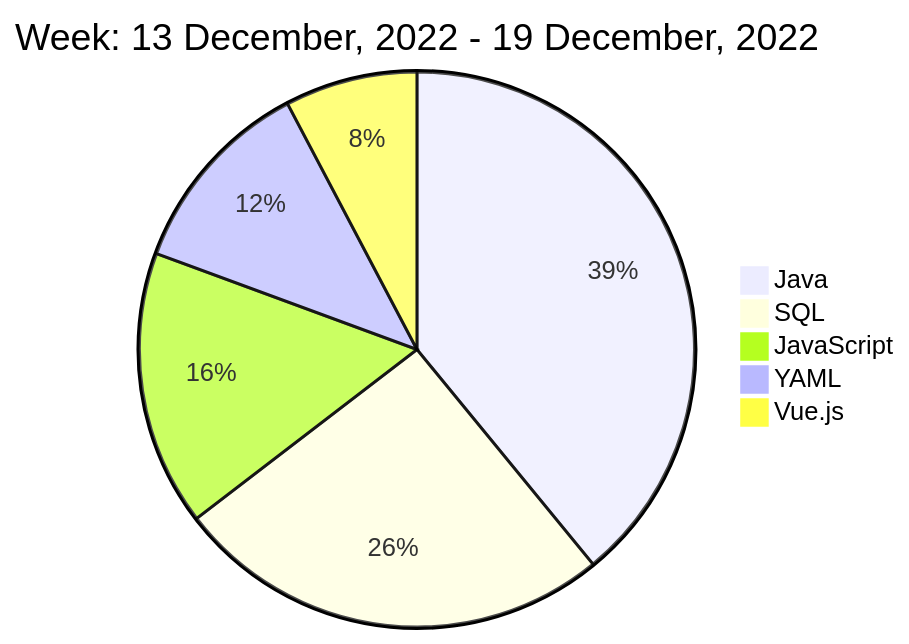
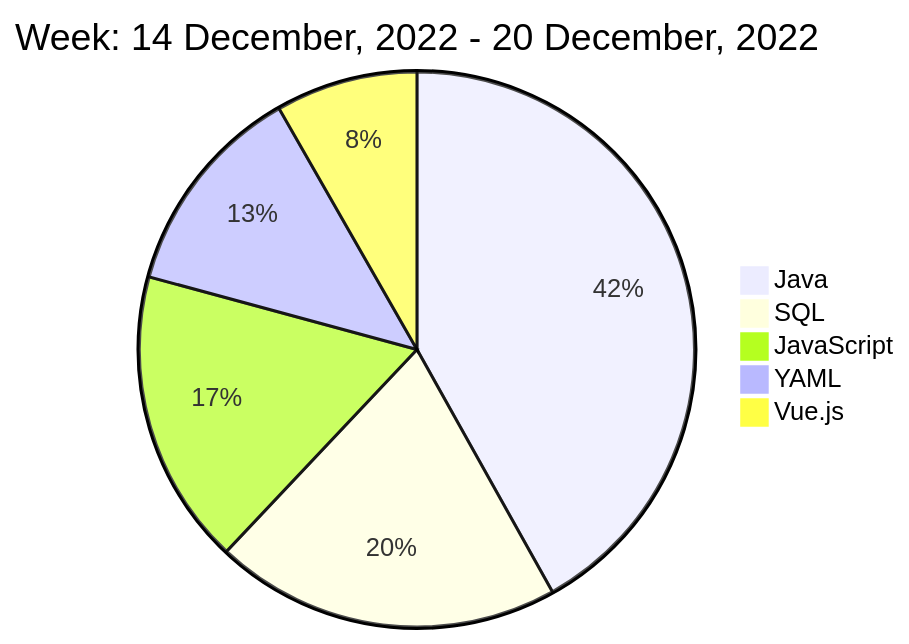
One commit to liubin95/liubin95 changed the diagram in README.md. Above: the diagram before and after it, drawn with Mermaid.

Commit message:
Updated the Graph with new Metrics

````diff
--- a/README.md
+++ b/README.md
@@ -40,9 +40,9 @@
 ```mermaid
  pie
-title Week: 13 December, 2022 - 19 December, 2022
+title Week: 14 December, 2022 - 20 December, 2022
  "Java" : 3.95
- "SQL" : 2.58
+ "SQL" : 1.9
  "JavaScript" : 1.62
  "YAML" : 1.18
  "Vue.js" : 0.78
 ```
````
